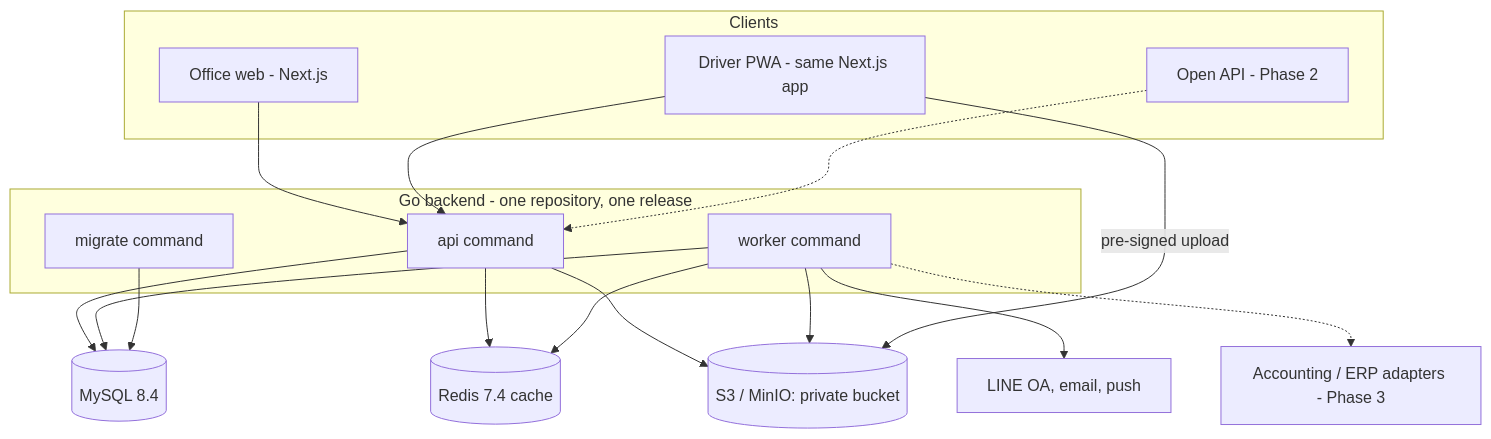
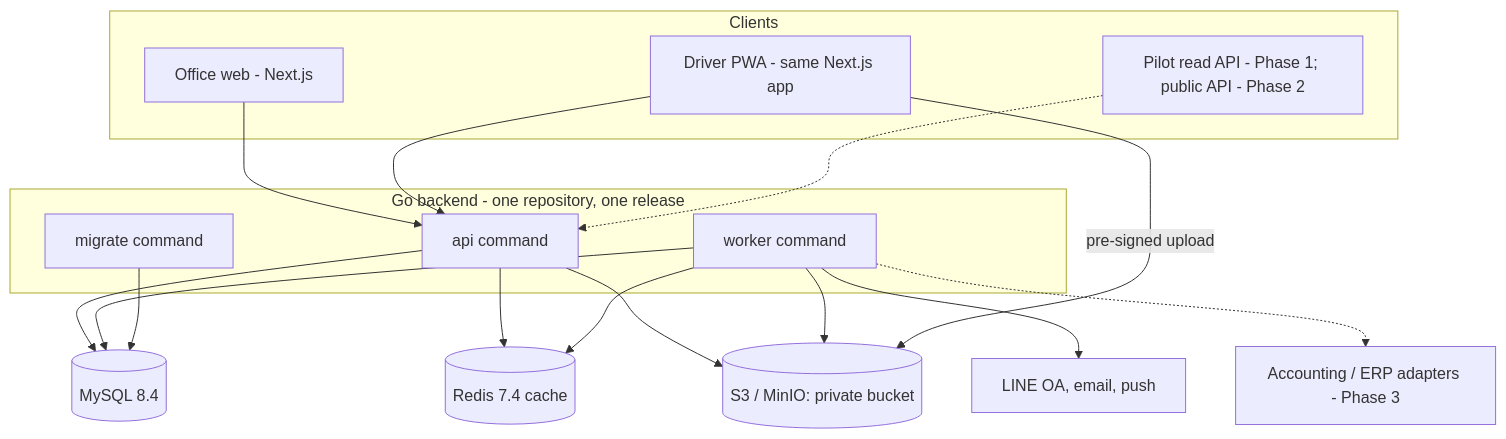
The diagram in docs/03-architecture.md (SiamPolsan/nova-logistics), drawn with Mermaid before and after one commit. The commit also changed other lines of this file and 12 other files, not shown here.

First line of the commit message:
Record D-26..D-29: ownership, inspection schedule, NIPA hosting, pilot API

````diff
--- a/docs/03-architecture.md
+++ b/docs/03-architecture.md
@@ -7,26 +7,26 @@
 ```mermaid
 flowchart TB
     subgraph Clients
         WEB[Office web - Next.js]
         PWA[Driver PWA - same Next.js app]
-        API3[Open API - Phase 2]
+        API3[Pilot read API - Phase 1; public API - Phase 2]
     end
     subgraph Backend[Go backend - one repository, one release]
         A[api command]
         W[worker command]
         M[migrate command]
     end
     WEB --> A
     PWA --> A
     API3 -.-> A
     A --> DB[(MySQL 8.4)]
     W --> DB
     M --> DB
     A --> R[(Redis 7.4 cache)]
     W --> R
     A --> S3[(S3 / MinIO: private bucket)]
     W --> S3
     PWA -- pre-signed upload --> S3
     W --> LINE[LINE OA, email, push]
     W -.-> ERP[Accounting / ERP adapters - Phase 3]
 ```
````
